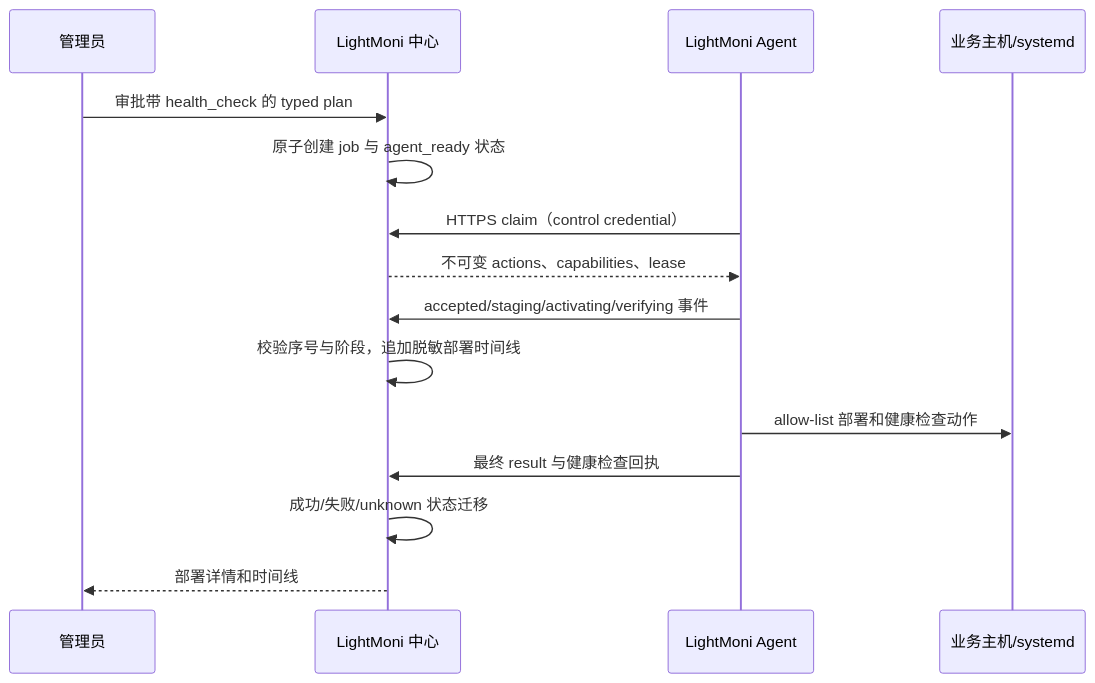
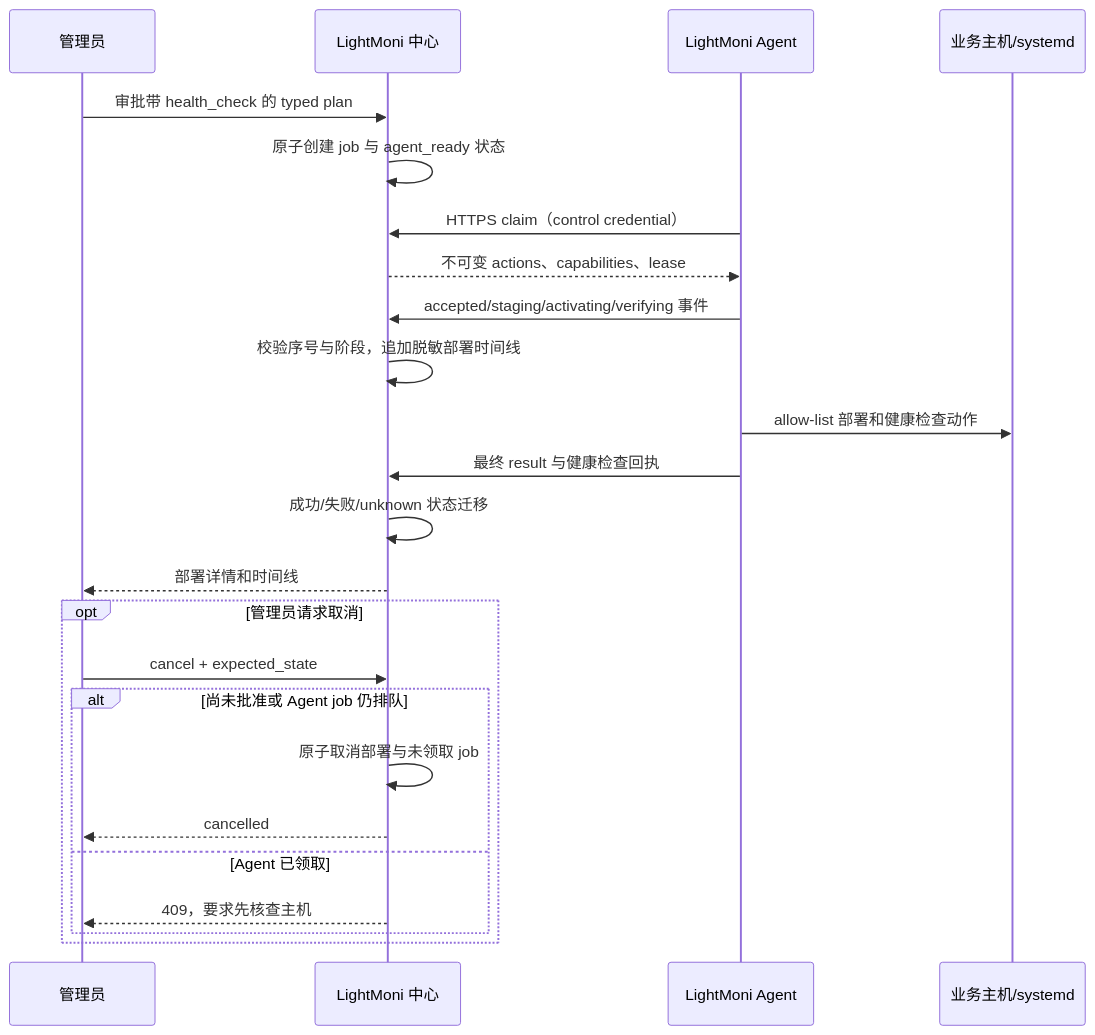
The third of 5 diagrams in docs/system-design.md (workhold/lightmoni), drawn with Mermaid before and after one commit. The commit also changed other lines of this file and 9 other files, not shown here.

````diff
--- a/docs/system-design.md
+++ b/docs/system-design.md
@@ -220,17 +220,26 @@
 ```mermaid
 sequenceDiagram
   participant Admin as 管理员
   participant Center as LightMoni 中心
   participant Agent as LightMoni Agent
   participant Host as 业务主机/systemd
   Admin->>Center: 审批带 health_check 的 typed plan
   Center->>Center: 原子创建 job 与 agent_ready 状态
   Agent->>Center: HTTPS claim（control credential）
   Center-->>Agent: 不可变 actions、capabilities、lease
   Agent->>Center: accepted/staging/activating/verifying 事件
   Center->>Center: 校验序号与阶段，追加脱敏部署时间线
   Agent->>Host: allow-list 部署和健康检查动作
   Agent->>Center: 最终 result 与健康检查回执
   Center->>Center: 成功/失败/unknown 状态迁移
   Center-->>Admin: 部署详情和时间线
+  opt 管理员请求取消
+    Admin->>Center: cancel + expected_state
+    alt 尚未批准或 Agent job 仍排队
+      Center->>Center: 原子取消部署与未领取 job
+      Center-->>Admin: cancelled
+    else Agent 已领取
+      Center-->>Admin: 409，要求先核查主机
+    end
+  end
 ```
````
